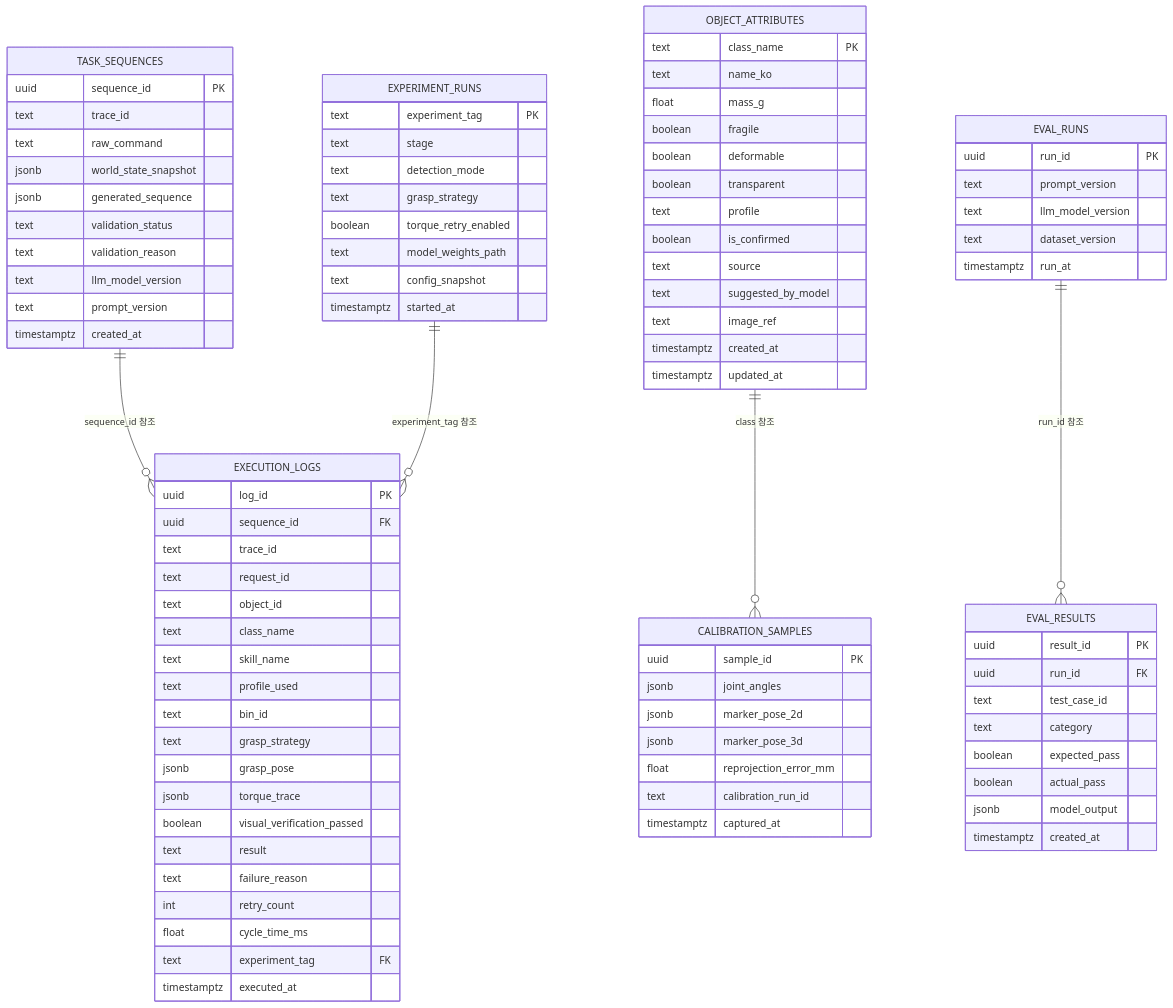
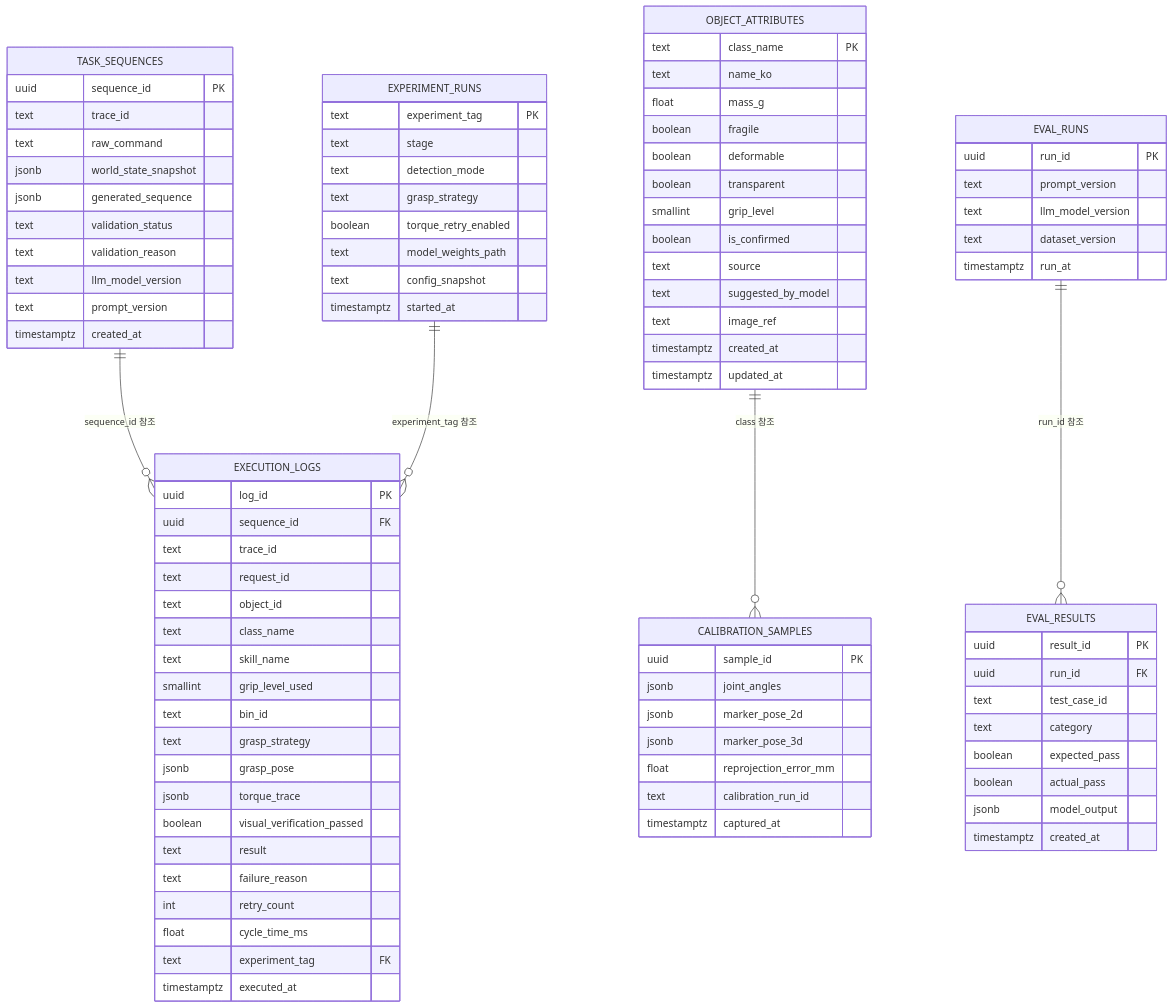
One commit to Haeyuni/PiecePickingSystem changed the diagram in docs/시스템명세서.md. Above: the diagram before and after it, drawn with Mermaid. The commit also changed other lines of this file and 46 other files, not shown here.

```diff
--- a/docs/시스템명세서.md
+++ b/docs/시스템명세서.md
@@ -73,7 +73,7 @@
         boolean fragile
         boolean deformable
         boolean transparent
-        text profile
+        smallint grip_level
         boolean is_confirmed
         text source
         text suggested_by_model
@@ -103,7 +103,7 @@
         text object_id
         text class_name
         text skill_name
-        text profile_used
+        smallint grip_level_used
         text bin_id
         text grasp_strategy
         jsonb grasp_pose
```
